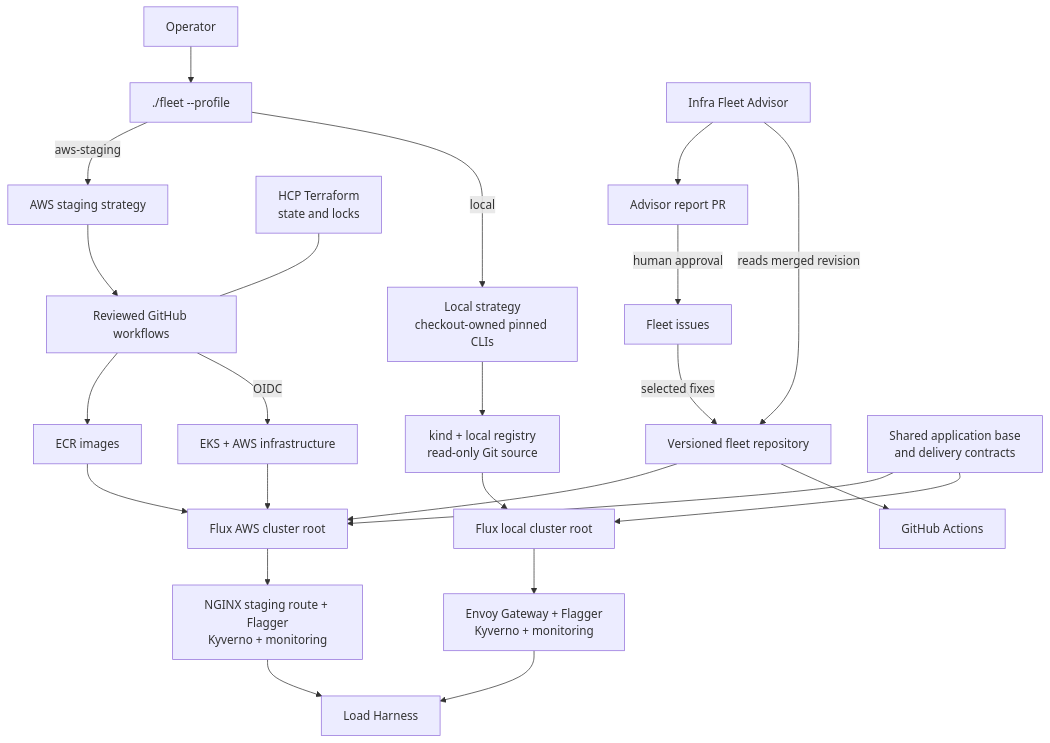
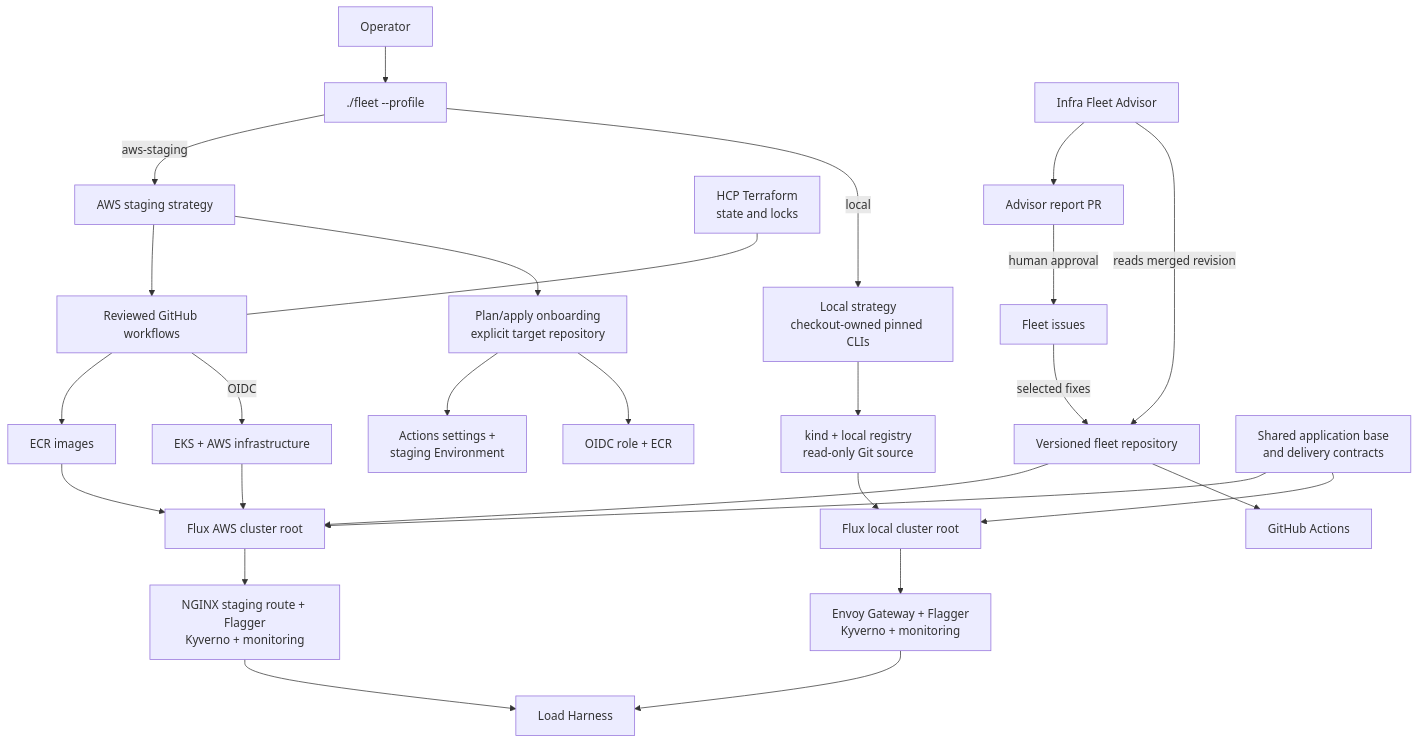
Before and after one commit to ImranAdan/infra-fleet-public: the diagram in README.md, drawn with Mermaid. The commit also changed other lines of this file and 17 other files, not shown here.

````diff
--- a/README.md
+++ b/README.md
@@ -173,30 +173,33 @@
 ```mermaid
 flowchart TB
   Operator[Operator] --> Facade[./fleet --profile]
   Repo[Versioned fleet repository] --> CI[GitHub Actions]
 
   Facade -->|local| LocalStrategy[Local strategy<br/>checkout-owned pinned CLIs]
   LocalStrategy --> LocalBootstrap[kind + local registry<br/>read-only Git source]
   LocalBootstrap --> LocalFlux[Flux local cluster root]
   LocalFlux --> LocalPlatform[Envoy Gateway + Flagger<br/>Kyverno + monitoring]
 
   Facade -->|aws-staging| AWSStrategy[AWS staging strategy]
+  AWSStrategy --> Onboarding[Plan/apply onboarding<br/>explicit target repository]
+  Onboarding --> Foundation[OIDC role + ECR]
+  Onboarding --> RepoConfig[Actions settings +<br/>staging Environment]
   AWSStrategy --> Workflows[Reviewed GitHub workflows]
   Workflows -->|OIDC| AWS[EKS + AWS infrastructure]
   Workflows --> ECR[ECR images]
   HCP[HCP Terraform<br/>state and locks] --- Workflows
   Repo --> AWSFlux[Flux AWS cluster root]
   ECR --> AWSFlux
   AWS --> AWSFlux
   AWSFlux --> AWSPlatform[NGINX staging route + Flagger<br/>Kyverno + monitoring]
 
   Shared[Shared application base<br/>and delivery contracts] --> LocalFlux
   Shared --> AWSFlux
   LocalPlatform --> App[Load Harness]
   AWSPlatform --> App
 
   Advisor[Infra Fleet Advisor] -->|reads merged revision| Repo
   Advisor --> ReportPR[Advisor report PR]
   ReportPR -->|human approval| FleetIssues[Fleet issues]
   FleetIssues -->|selected fixes| Repo
 ```
````
